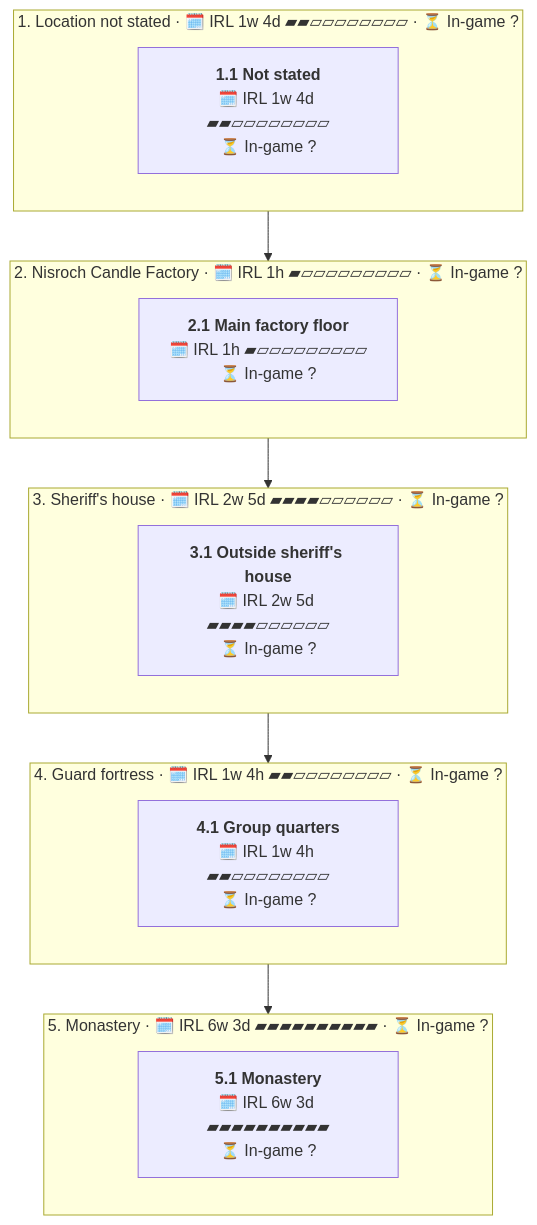
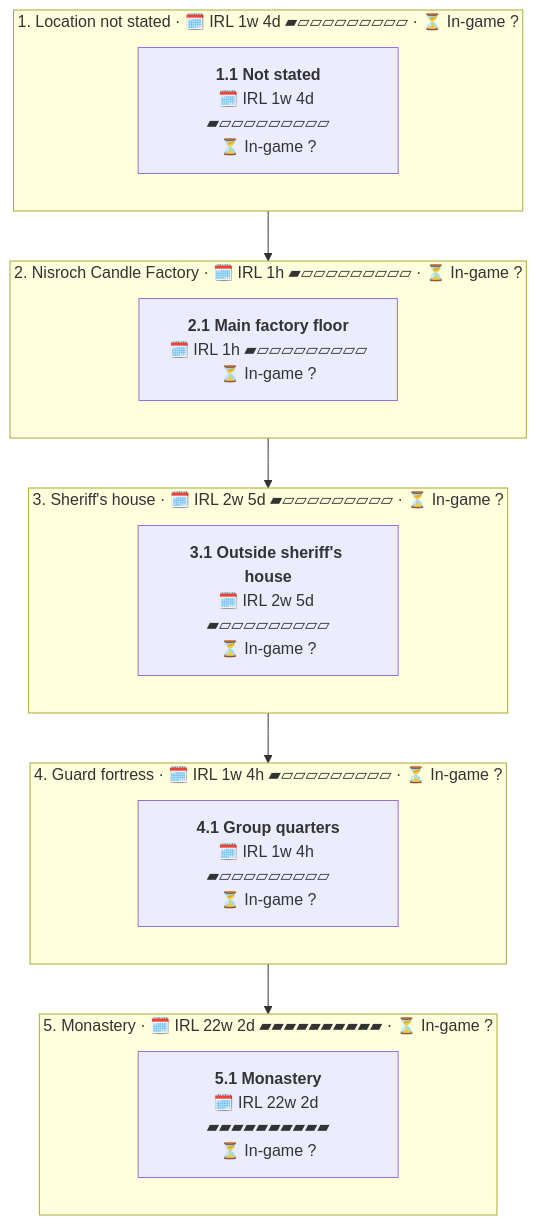
Before and after one commit to LewisIsWorking/PathWarsWiki: the diagram in Writerside/topics/C11-Dark-Pockets/C11-Dark-Pockets-Timeline.md, drawn with Mermaid. The commit also changed other lines of this file and 15 other files, not shown here.

First line of the commit message:
Timelines: September and October for every active campaign (cloud backend)

````diff
--- a/Writerside/topics/C11-Dark-Pockets/C11-Dark-Pockets-Timeline.md
+++ b/Writerside/topics/C11-Dark-Pockets/C11-Dark-Pockets-Timeline.md
@@ -8,27 +8,27 @@
 ```mermaid
 flowchart TD
-    subgraph a0["1. Location not stated · 🗓️ IRL 1w 4d ▰▰▱▱▱▱▱▱▱▱ · ⏳ In-game ?"]
+    subgraph a0["1. Location not stated · 🗓️ IRL 1w 4d ▰▱▱▱▱▱▱▱▱▱ · ⏳ In-game ?"]
     direction TB
-        v0["<b>1.1 Not stated</b><br/>🗓️ IRL 1w 4d ▰▰▱▱▱▱▱▱▱▱<br/>⏳ In-game ?"]
+        v0["<b>1.1 Not stated</b><br/>🗓️ IRL 1w 4d ▰▱▱▱▱▱▱▱▱▱<br/>⏳ In-game ?"]
     end
     subgraph a1["2. Nisroch Candle Factory · 🗓️ IRL 1h ▰▱▱▱▱▱▱▱▱▱ · ⏳ In-game ?"]
     direction TB
         v1["<b>2.1 Main factory floor</b><br/>🗓️ IRL 1h ▰▱▱▱▱▱▱▱▱▱<br/>⏳ In-game ?"]
     end
-    subgraph a2["3. Sheriff's house · 🗓️ IRL 2w 5d ▰▰▰▰▱▱▱▱▱▱ · ⏳ In-game ?"]
+    subgraph a2["3. Sheriff's house · 🗓️ IRL 2w 5d ▰▱▱▱▱▱▱▱▱▱ · ⏳ In-game ?"]
     direction TB
-        v2["<b>3.1 Outside sheriff's house</b><br/>🗓️ IRL 2w 5d ▰▰▰▰▱▱▱▱▱▱<br/>⏳ In-game ?"]
+        v2["<b>3.1 Outside sheriff's house</b><br/>🗓️ IRL 2w 5d ▰▱▱▱▱▱▱▱▱▱<br/>⏳ In-game ?"]
     end
-    subgraph a3["4. Guard fortress · 🗓️ IRL 1w 4h ▰▰▱▱▱▱▱▱▱▱ · ⏳ In-game ?"]
+    subgraph a3["4. Guard fortress · 🗓️ IRL 1w 4h ▰▱▱▱▱▱▱▱▱▱ · ⏳ In-game ?"]
     direction TB
-        v3["<b>4.1 Group quarters</b><br/>🗓️ IRL 1w 4h ▰▰▱▱▱▱▱▱▱▱<br/>⏳ In-game ?"]
+        v3["<b>4.1 Group quarters</b><br/>🗓️ IRL 1w 4h ▰▱▱▱▱▱▱▱▱▱<br/>⏳ In-game ?"]
     end
-    subgraph a4["5. Monastery · 🗓️ IRL 6w 3d ▰▰▰▰▰▰▰▰▰▰ · ⏳ In-game ?"]
+    subgraph a4["5. Monastery · 🗓️ IRL 22w 2d ▰▰▰▰▰▰▰▰▰▰ · ⏳ In-game ?"]
     direction TB
-        v4["<b>5.1 Monastery</b><br/>🗓️ IRL 6w 3d ▰▰▰▰▰▰▰▰▰▰<br/>⏳ In-game ?"]
+        v4["<b>5.1 Monastery</b><br/>🗓️ IRL 22w 2d ▰▰▰▰▰▰▰▰▰▰<br/>⏳ In-game ?"]
     end
     v0 --> v1
     v1 --> v2
     v2 --> v3
     v3 --> v4
 ```
````
